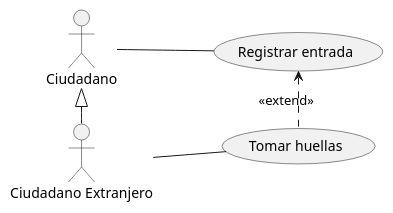
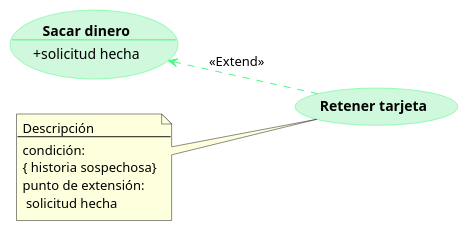
Before and after one commit to tatianagarijo/UMLClasesUsoTatianaGarijo: the diagram in src/ClasesUso.puml, drawn with PlantUML. The commit also changed 3 other files, not shown here.

```diff
--- a/src/ClasesUso.puml
+++ b/src/ClasesUso.puml
@@ -2,11 +2,24 @@
 @startuml
+skinparam usecase {
+BackgroundColor #CFF8DC
+BorderColor #4CF885
+ArrowColor #4CF885
+}
+
 left to right direction
-:Ciudadano: as ciu
-:Ciudadano Extranjero: as ext
-usecase (Registrar entrada) as UC1
-usecase (Tomar huellas) as UC2
-ciu <|- ext
-ciu -- UC1
-UC2 .left.> UC1: <<extend>>
-ext -- UC2
+usecase UC1 as "**Sacar dinero**
+--
++solicitud hecha"
+
+usecase "**Retener tarjeta**" as UC2
+UC1 <.. UC2 : <<Extend>>
+
+note left of UC2
+Descripción
+--
+condición:
+{ historia sospechosa}
+punto de extensión:
+ solicitud hecha
+end note
 @enduml
```
